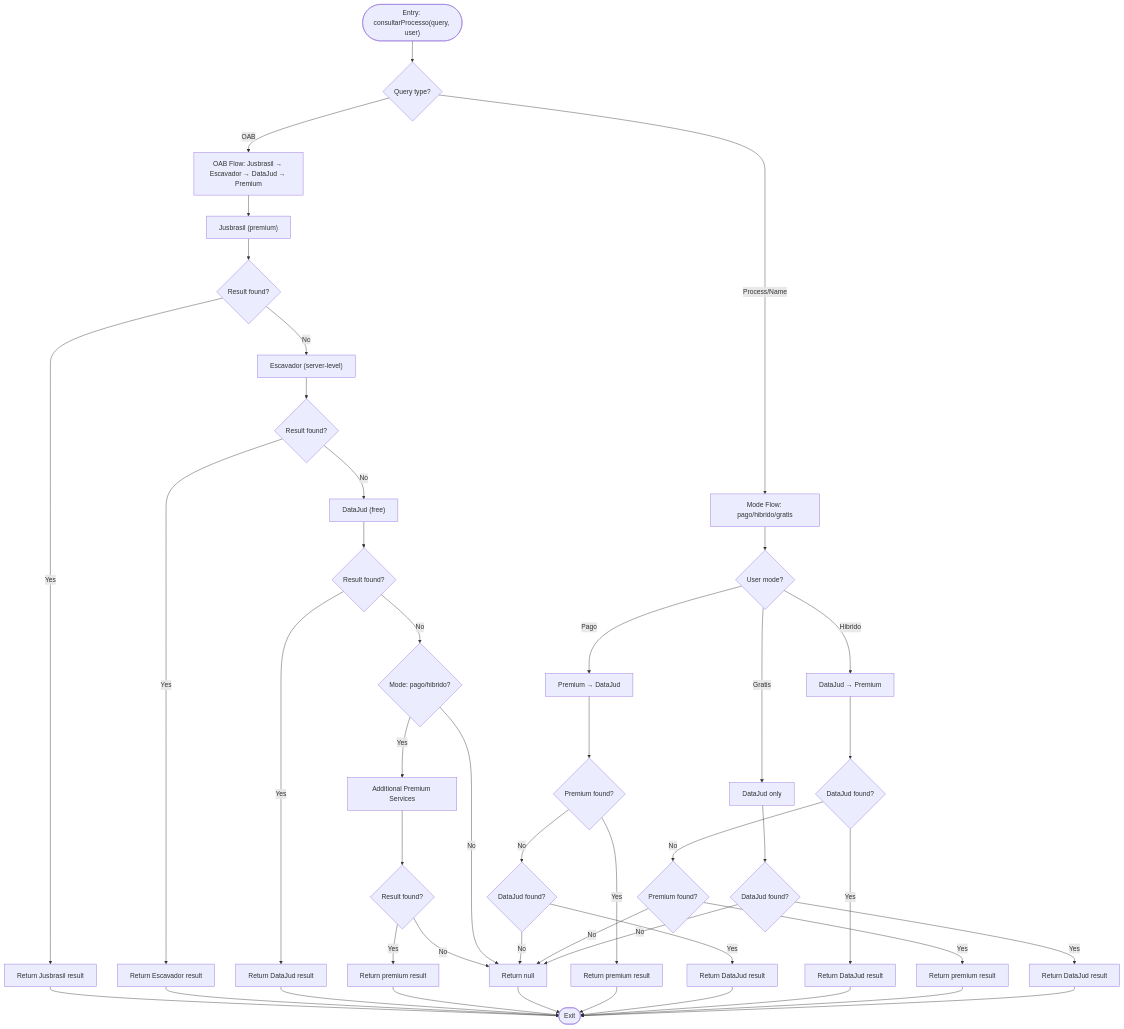
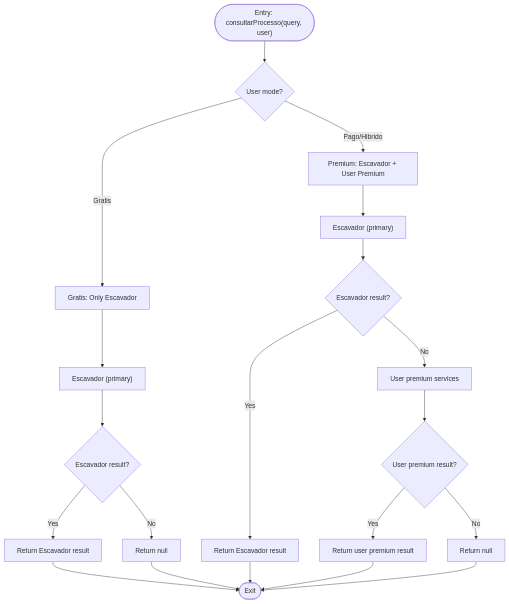
One commit to Alexandrexicara/bot-processos changed the third of 5 diagrams in .qoder/repowiki/en/content/API Integration Layer/Tiered Access Strategy.md. Above: the diagram before and after it, drawn with Mermaid. The commit also changed other lines of this file and 6 other files, not shown here.

````diff
--- a/.qoder/repowiki/en/content/API Integration Layer/Tiered Access Strategy.md
+++ b/.qoder/repowiki/en/content/API Integration Layer/Tiered Access Strategy.md
@@ -201,48 +169,22 @@
 ```mermaid
 flowchart TD
-Start(["Entry: consultarProcesso(query, user)"]) --> CheckType{"Query type?"}
-CheckType --> |OAB| OABFlow["OAB Flow: Jusbrasil → Escavador → DataJud → Premium"]
-CheckType --> |Process/Name| ModeFlow["Mode Flow: pago/hibrido/gratis"]
-OABFlow --> Jusbrasil["Jusbrasil (premium)"]
-Jusbrasil --> JBResult{"Result found?"}
-JBResult --> |Yes| ReturnJB["Return Jusbrasil result"]
-JBResult --> |No| Escavador["Escavador (server-level)"]
-Escavador --> ESCResult{"Result found?"}
-ESCResult --> |Yes| ReturnESC["Return Escavador result"]
-ESCResult --> |No| DataJud["DataJud (free)"]
-DataJud --> DJResult{"Result found?"}
-DJResult --> |Yes| ReturnDJ["Return DataJud result"]
-DJResult --> |No| PremiumCheck{"Mode: pago/hibrido?"}
-PremiumCheck --> |Yes| Premium["Additional Premium Services"]
-Premium --> PremResult{"Result found?"}
-PremResult --> |Yes| ReturnPrem["Return premium result"]
-PremResult --> |No| ReturnNull["Return null"]
-PremiumCheck --> |No| ReturnNull
-ModeFlow --> ModeCheck{"User mode?"}
-ModeCheck --> |Pago| PagoFlow["Premium → DataJud"]
-ModeCheck --> |Hibrido| HibridoFlow["DataJud → Premium"]
-ModeCheck --> |Gratis| GratisFlow["DataJud only"]
-PagoFlow --> PResult{"Premium found?"}
-PResult --> |Yes| ReturnP["Return premium result"]
-PResult --> |No| DResult{"DataJud found?"}
-DResult --> |Yes| ReturnD["Return DataJud result"]
-DResult --> |No| ReturnNull
-HibridoFlow --> HResult{"DataJud found?"}
-HResult --> |Yes| ReturnH["Return DataJud result"]
-HResult --> |No| HPreResult{"Premium found?"}
-HPreResult --> |Yes| ReturnHP["Return premium result"]
-HPreResult --> |No| ReturnNull
-GratisFlow --> GResult{"DataJud found?"}
-GResult --> |Yes| ReturnG["Return DataJud result"]
-GResult --> |No| ReturnNull
-ReturnJB --> End(["Exit"])
-ReturnESC --> End
-ReturnDJ --> End
-ReturnPrem --> End
+Start(["Entry: consultarProcesso(query, user)"]) --> CheckMode{"User mode?"}
+CheckMode --> |Gratis| GratisFlow["Gratis: Only Escavador"]
+CheckMode --> |Pago/Hibrido| PremiumFlow["Premium: Escavador + User Premium"]
+GratisFlow --> EscavadorOnly["Escavador (primary)"]
+PremiumFlow --> EscavadorFirst["Escavador (primary)"]
+EscavadorOnly --> EResult{"Escavador result?"}
+EResult --> |Yes| ReturnE["Return Escavador result"]
+EResult --> |No| ReturnNull["Return null"]
+EscavadorFirst --> EResult2{"Escavador result?"}
+EResult2 --> |Yes| ReturnE2["Return Escavador result"]
+EResult2 --> |No| UserPremium["User premium services"]
+UserPremium --> UResult{"User premium result?"}
+UResult --> |Yes| ReturnU["Return user premium result"]
+UResult --> |No| ReturnNull2["Return null"]
+ReturnE --> End(["Exit"])
+ReturnE2 --> End
+ReturnU --> End
 ReturnNull --> End
-ReturnP --> End
-ReturnD --> End
-ReturnH --> End
-ReturnHP --> End
-ReturnG --> End
+ReturnNull2 --> End
 ```
````
